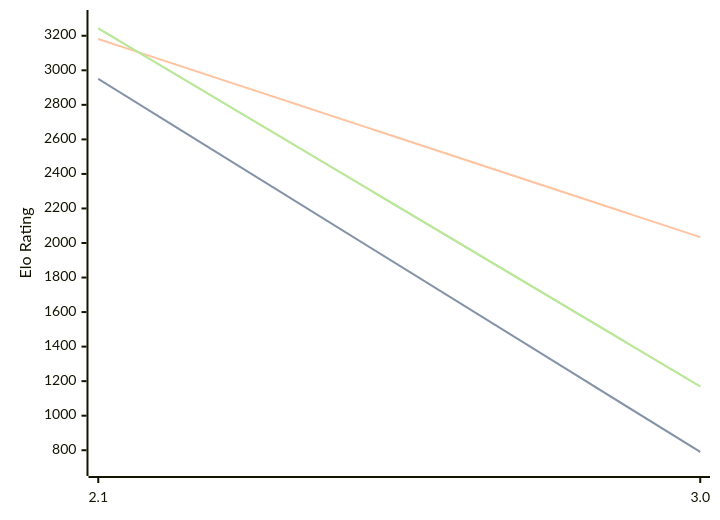
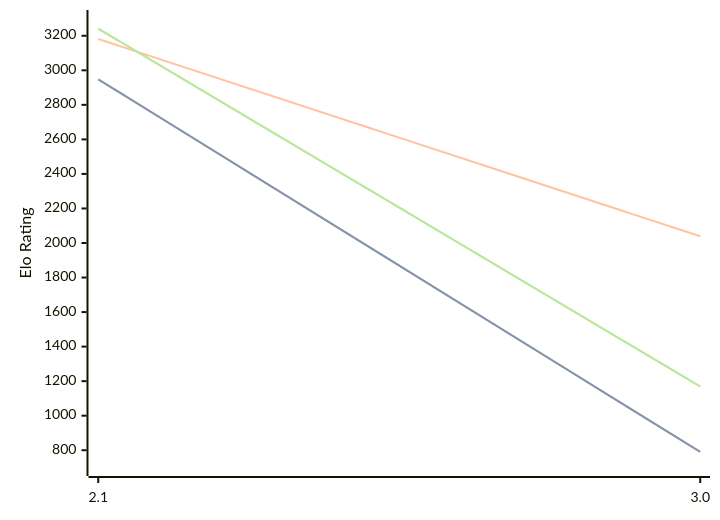
The first of 3 diagrams in engines/Quirky.md (computer-chess-index/cci), drawn with Mermaid before and after one commit. The commit also changed other lines of this file, not shown here.

Commit message:
Update CCI Ratings (ELO VLTC) - 2026-07-15

````diff
--- a/engines/Quirky.md
+++ b/engines/Quirky.md
@@ -34,11 +34,11 @@
 ```mermaid
 %%{init: {"theme":"base","themeVariables":{"seriesColors:['#a3a3a3','#222221','#faa371']}}}%%
 xychart-beta
   x-axis ["2.1", "3.0"]
   y-axis "Elo Rating" 700 --> 3300
-  line "STC (8.0+0.08s)" [2950, 790]
-  line "STC (8.0+0.08s)" [2950, 790]
-  line "LTC (60.0+0.60s)" [3181, 2034]
-  line "VLTC (2m24s+1.12s)" [3243, 1169]
-  line "VLTC (2m24s+1.12s)" [3243, 1169]
+  line "STC (8.0+0.08s)" [2948, 790]
+  line "STC (8.0+0.08s)" [2948, 790]
+  line "LTC (60.0+0.60s)" [3181, 2039]
+  line "VLTC (2m24s+1.12s)" [3241, 1169]
+  line "VLTC (2m24s+1.12s)" [3241, 1169]
 ```
````
